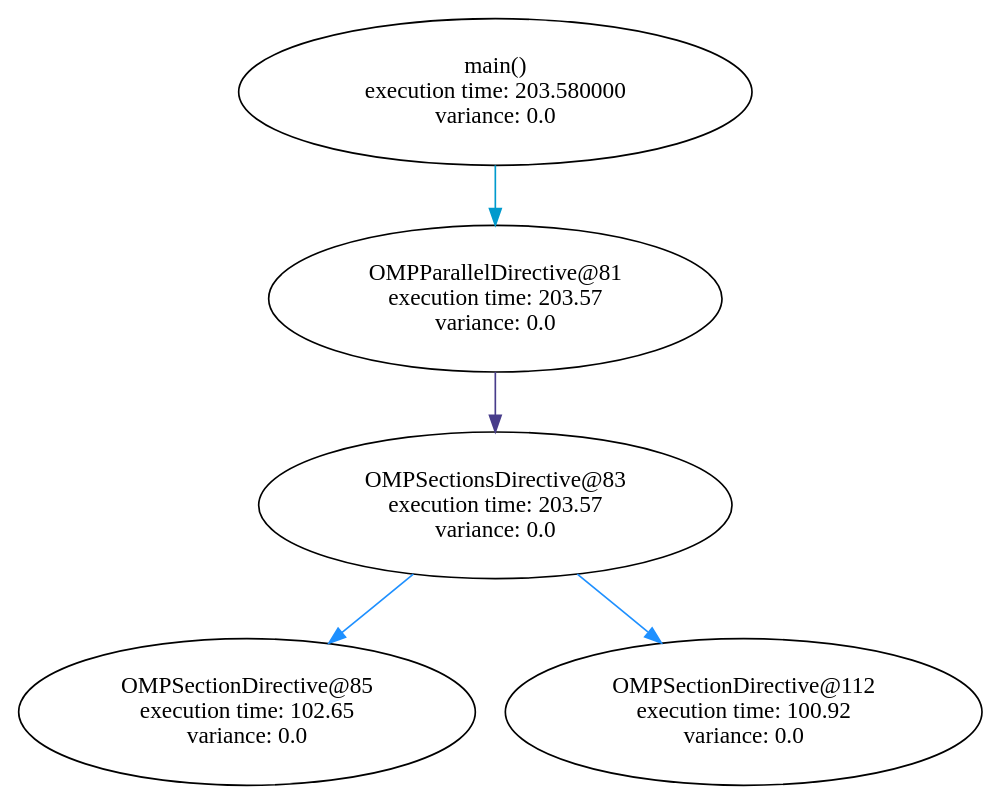
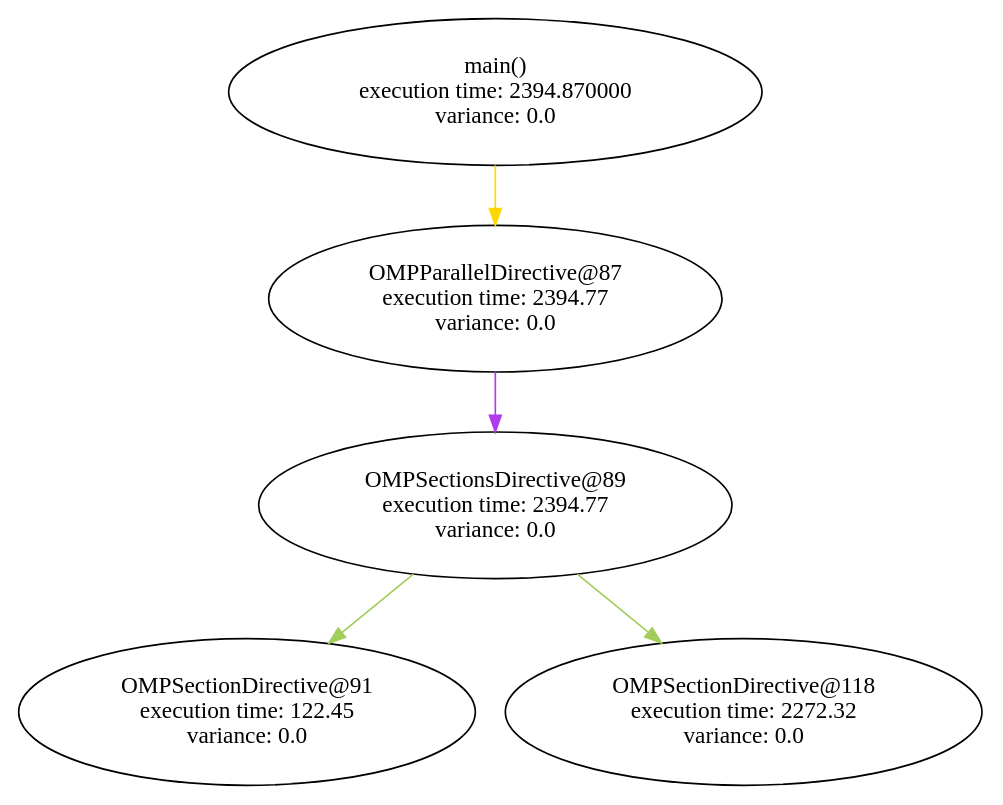
Before and after one commit to filippobrizzi/soma: the diagram in graph_sched/graphs/main_code.dot, drawn with Graphviz. The commit also changed 25 other files, not shown here.

```diff
--- a/graph_sched/graphs/main_code.dot
+++ b/graph_sched/graphs/main_code.dot
@@ -1,13 +1,13 @@
 digraph G {
 	node [label="\N"];
 	graph [bb="0,0,578,460"];
-	main [label="main()\n execution time: 203.580000\nvariance: 0.0", pos="286,416", width="4.2778", height="1.2222"];
-	"OMPParallelDirective@81" [label="OMPParallelDirective@81\n execution time: 203.57\nvariance: 0.0", pos="286,292", width="3.7778", height="1.2222"];
-	"OMPSectionsDirective@83" [label="OMPSectionsDirective@83\n execution time: 203.57\nvariance: 0.0", pos="286,168", width="3.9444", height="1.2222"];
-	"OMPSectionDirective@85" [label="OMPSectionDirective@85\n execution time: 102.65\nvariance: 0.0", pos="137,44", width="3.8056", height="1.2222"];
-	"OMPSectionDirective@112" [label="OMPSectionDirective@112\n execution time: 100.92\nvariance: 0.0", pos="435,44", width="3.9722", height="1.2222"];
-	main -> "OMPParallelDirective@81" [color=deepskyblue3, pos="e,286,336.34 286,371.93 286,363.72 286,355.04 286,346.56"];
-	"OMPParallelDirective@81" -> "OMPSectionsDirective@83" [color=darkslateblue, pos="e,286,212.34 286,247.93 286,239.72 286,231.04 286,222.56"];
-	"OMPSectionsDirective@83" -> "OMPSectionDirective@85" [color=dodgerblue, pos="e,186.4,85.11 236.39,126.71 222.94,115.52 208.27,103.31 194.43,91.797"];
-	"OMPSectionsDirective@83" -> "OMPSectionDirective@112" [color=dodgerblue, pos="e,385.35,85.321 335.61,126.71 348.99,115.58 363.57,103.44 377.35,91.979"];
+	main [label="main()\n execution time: 2394.870000\nvariance: 0.0", pos="286,416", width="4.4444", height="1.2222"];
+	"OMPParallelDirective@87" [label="OMPParallelDirective@87\n execution time: 2394.77\nvariance: 0.0", pos="286,292", width="3.7778", height="1.2222"];
+	"OMPSectionsDirective@89" [label="OMPSectionsDirective@89\n execution time: 2394.77\nvariance: 0.0", pos="286,168", width="3.9444", height="1.2222"];
+	"OMPSectionDirective@91" [label="OMPSectionDirective@91\n execution time: 122.45\nvariance: 0.0", pos="137,44", width="3.8056", height="1.2222"];
+	"OMPSectionDirective@118" [label="OMPSectionDirective@118\n execution time: 2272.32\nvariance: 0.0", pos="435,44", width="3.9722", height="1.2222"];
+	main -> "OMPParallelDirective@87" [color=gold, pos="e,286,336.34 286,371.93 286,363.72 286,355.04 286,346.56"];
+	"OMPParallelDirective@87" -> "OMPSectionsDirective@89" [color=darkorchid2, pos="e,286,212.34 286,247.93 286,239.72 286,231.04 286,222.56"];
+	"OMPSectionsDirective@89" -> "OMPSectionDirective@91" [color=darkolivegreen3, pos="e,186.4,85.11 236.39,126.71 222.94,115.52 208.27,103.31 194.43,91.797"];
+	"OMPSectionsDirective@89" -> "OMPSectionDirective@118" [color=darkolivegreen3, pos="e,385.35,85.321 335.61,126.71 348.99,115.58 363.57,103.44 377.35,91.979"];
 }
```
